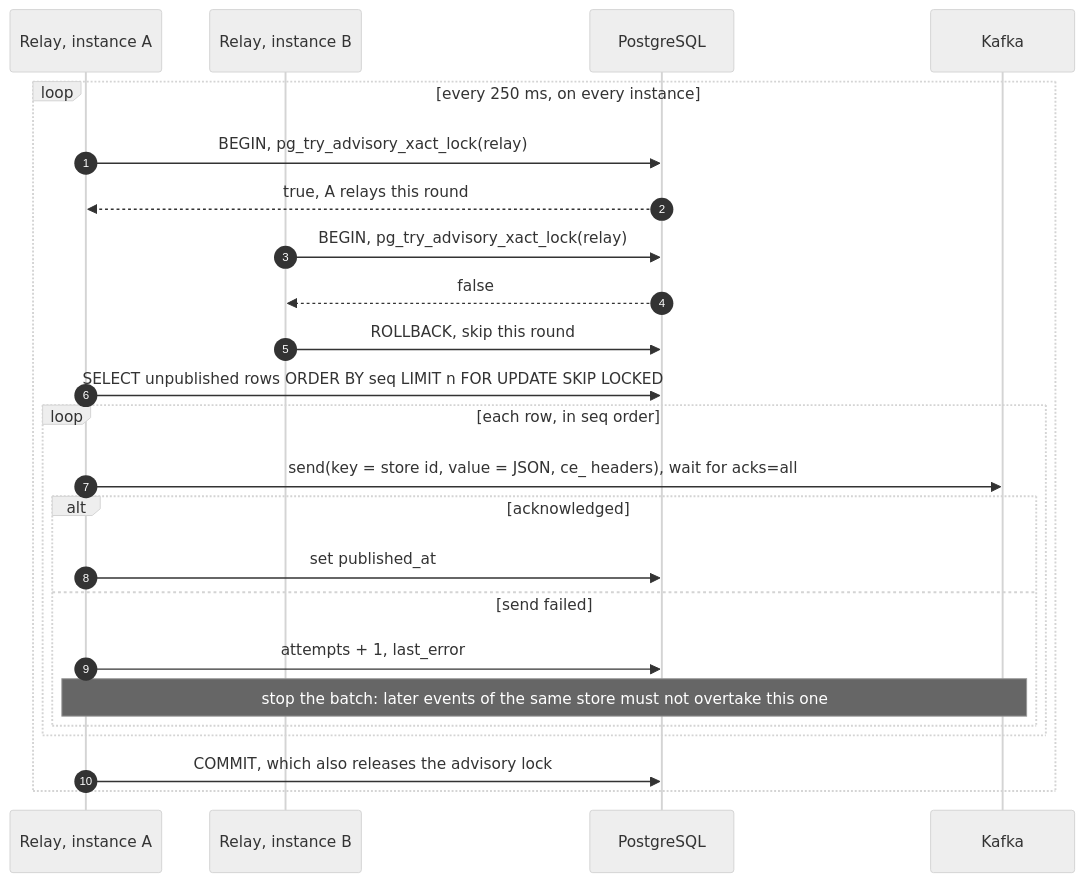
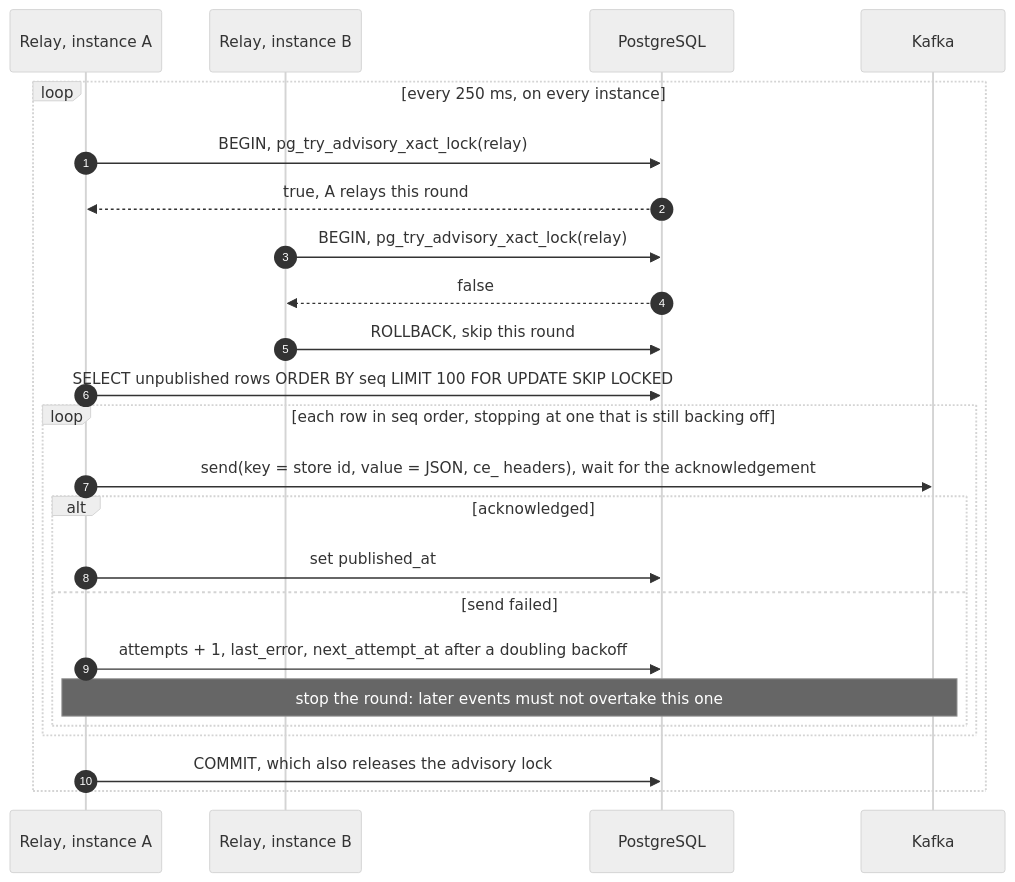
Before and after one commit to asemdreibati/daqiqa: the eighth of 9 diagrams in docs/architecture/overview.md, drawn with Mermaid (neutral theme). The commit also changed other lines of this file, not shown here.

First line of the commit message:
docs: update the architecture guide to the integrated wave 1

````diff
--- a/docs/architecture/overview.md
+++ b/docs/architecture/overview.md
@@ -413,27 +447,27 @@
 ```mermaid
 sequenceDiagram
     autonumber
     participant A as Relay, instance A
     participant B as Relay, instance B
     participant DB as PostgreSQL
     participant K as Kafka
 
     loop every 250 ms, on every instance
         A->>DB: BEGIN, pg_try_advisory_xact_lock(relay)
         DB-->>A: true, A relays this round
         B->>DB: BEGIN, pg_try_advisory_xact_lock(relay)
         DB-->>B: false
         B->>DB: ROLLBACK, skip this round
-        A->>DB: SELECT unpublished rows ORDER BY seq LIMIT n FOR UPDATE SKIP LOCKED
-        loop each row, in seq order
-            A->>K: send(key = store id, value = JSON, ce_ headers), wait for acks=all
+        A->>DB: SELECT unpublished rows ORDER BY seq LIMIT 100 FOR UPDATE SKIP LOCKED
+        loop each row in seq order, stopping at one that is still backing off
+            A->>K: send(key = store id, value = JSON, ce_ headers), wait for the acknowledgement
             alt acknowledged
                 A->>DB: set published_at
             else send failed
-                A->>DB: attempts + 1, last_error
-                Note over A,K: stop the batch: later events of the same store must not overtake this one
+                A->>DB: attempts + 1, last_error, next_attempt_at after a doubling backoff
+                Note over A,K: stop the round: later events must not overtake this one
             end
         end
         A->>DB: COMMIT, which also releases the advisory lock
     end
 ```
````
